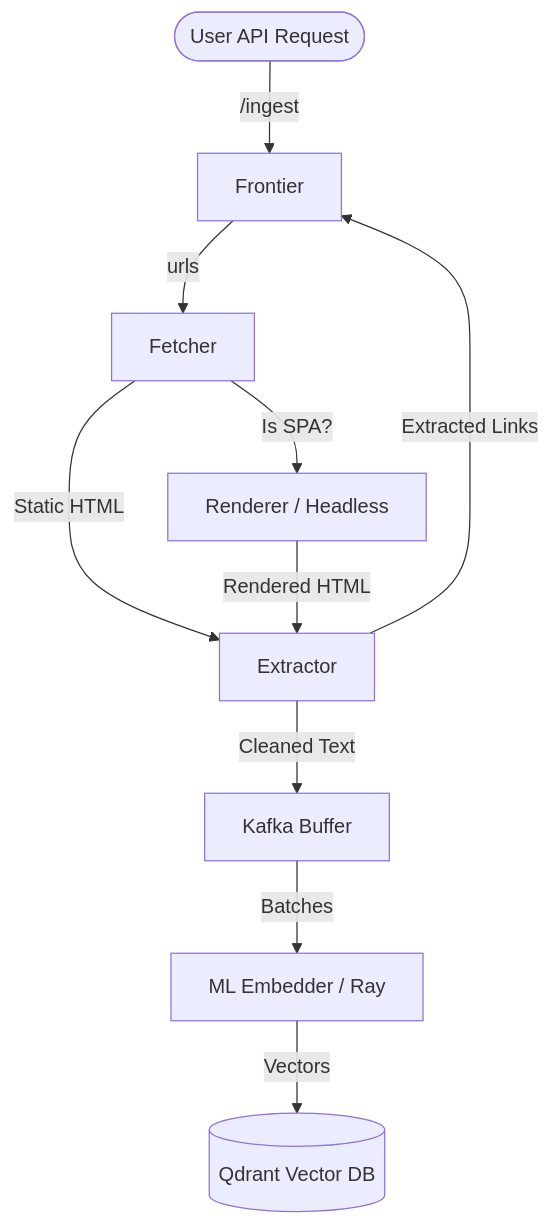
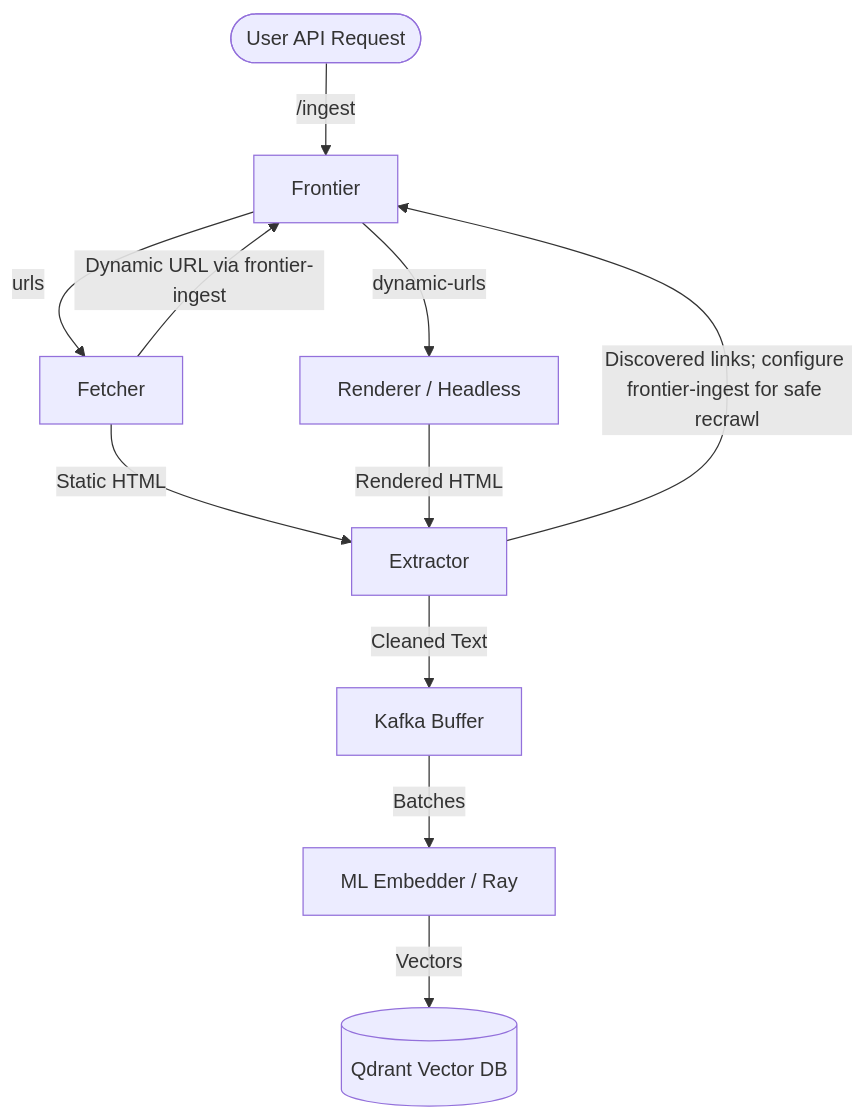
The diagram in docs/pipeline.md (guilherme13c/photon), drawn with Mermaid before and after one commit. The commit also changed other lines of this file and 73 other files, not shown here.

Commit message:
Improve crawler architecture and test coverage

````diff
--- a/docs/pipeline.md
+++ b/docs/pipeline.md
@@ -61,18 +65,19 @@
 ```mermaid
 graph TD
     User([User API Request]) --> |/ingest| Frontier
-    Extractor --> |Extracted Links| Frontier
+    Extractor --> |Discovered links; configure frontier-ingest for safe recrawl| Frontier
     
     Frontier --> |urls| Fetcher
     
-    Fetcher --> |Is SPA?| Renderer[Renderer / Headless]
+    Fetcher --> |Dynamic URL via frontier-ingest| Frontier
+    Frontier --> |dynamic-urls| Renderer[Renderer / Headless]
     Fetcher --> |Static HTML| Extractor
     
     Renderer --> |Rendered HTML| Extractor
     
     Extractor --> |Cleaned Text| KafkaBuffer[Kafka Buffer]
     
     KafkaBuffer --> |Batches| Embedder[ML Embedder / Ray]
     
     Embedder --> |Vectors| Qdrant[(Qdrant Vector DB)]
 ```
````
